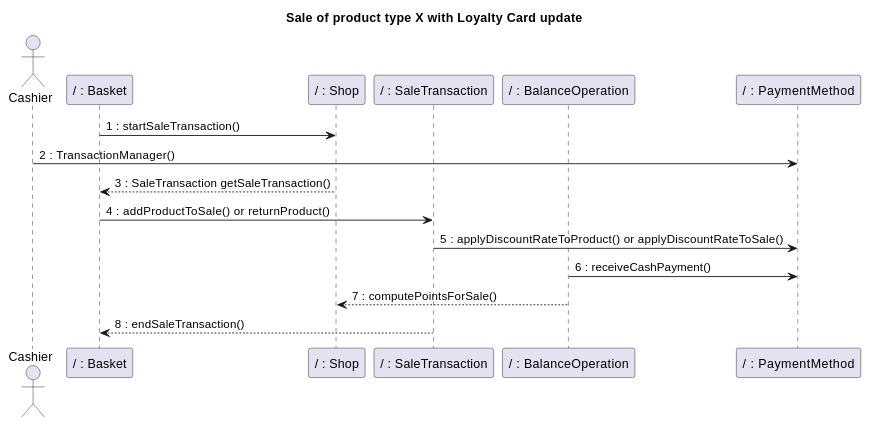
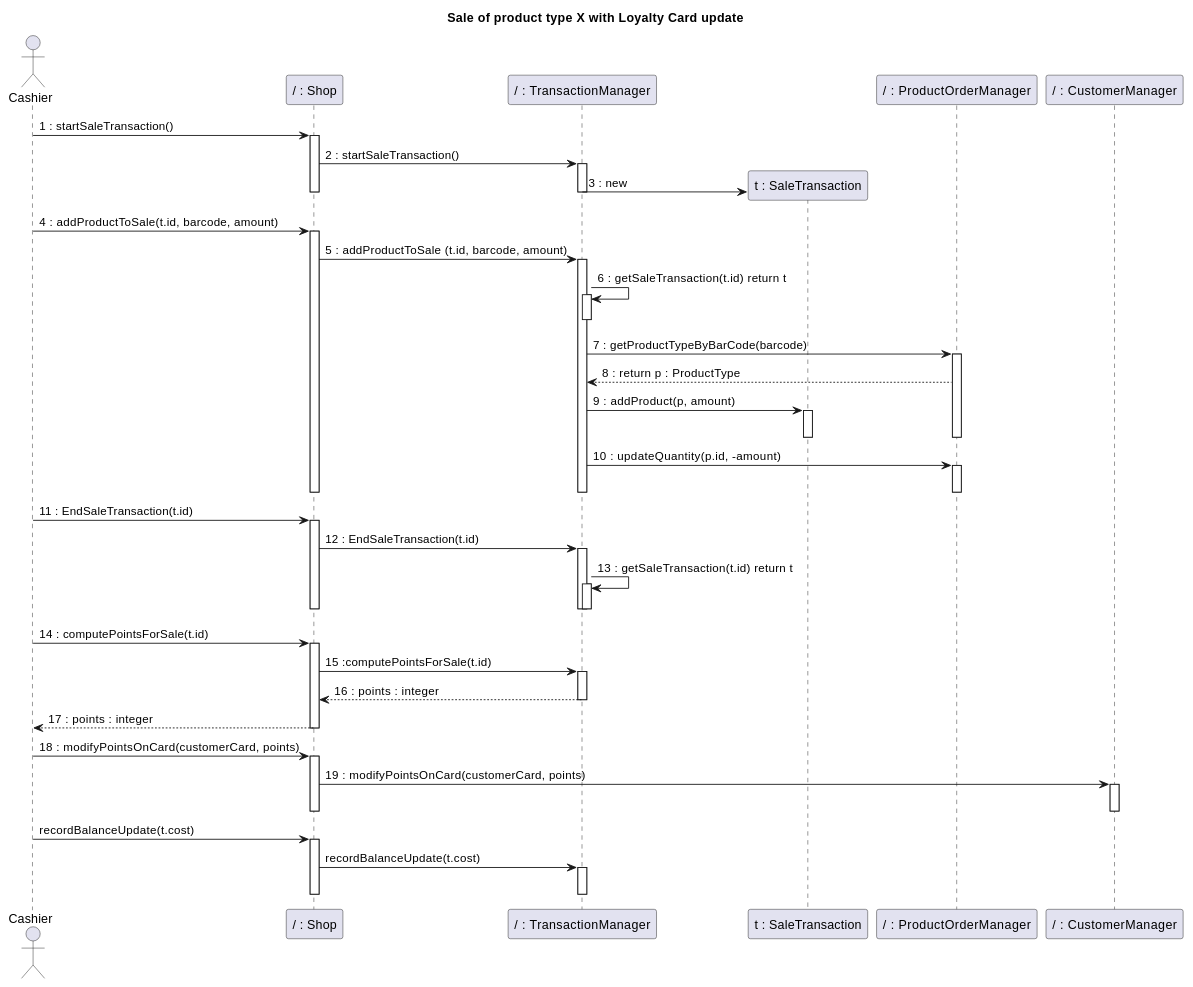
Before and after one commit to nicolabattaglino/ezshop: diagram 23 of 30 in Deliverables/DesignDocument.md, drawn with PlantUML. The commit also changed other lines of this file and 1 other file, not shown here.

Commit message:
completed uc 6 (they miss only the payment)

````diff
--- a/Deliverables/DesignDocument.md
+++ b/Deliverables/DesignDocument.md
@@ -1191,26 +1192,81 @@
 ```plantuml
 @startuml
 
 title
 Sale of product type X with Loyalty Card update
 end title
 
 actor Cashier
 
-participant "/ : Basket" as Basket
 participant "/ : Shop" as Shop
-participant "/ : SaleTransaction" as SaleTransaction
-participant "/ : BalanceOperation" as BalanceOperation
-participant "/ : PaymentMethod" as PaymentMethod
+participant "/ : TransactionManager" as TransactionManager
+participant "t : SaleTransaction"  as SaleTransaction
+participant "/ : ProductOrderManager" as ProductOrderManager
+participant "/ : CustomerManager" as CustomerManager
 
-Basket -> Shop: 1 : startSaleTransaction()
-Cashier -> PaymentMethod: 2 : TransactionManager()
-Shop --> Basket: 3 : SaleTransaction getSaleTransaction()
-Basket ->  SaleTransaction: 4 : addProductToSale() or returnProduct()
-SaleTransaction -> PaymentMethod : 5 : applyDiscountRateToProduct() or applyDiscountRateToSale()
-BalanceOperation -> PaymentMethod : 6 : receiveCashPayment()
-BalanceOperation --> Shop: 7 : computePointsForSale()
-SaleTransaction --> Basket: 8 : endSaleTransaction()
+Cashier -> Shop: 1 : startSaleTransaction()
+activate Shop
+Shop -> TransactionManager : 2 : startSaleTransaction()
+activate TransactionManager
+create SaleTransaction
+TransactionManager -> SaleTransaction: 3 : new
+deactivate TransactionManager
+deactivate Shop
+Cashier -> Shop : 4 : addProductToSale(t.id, barcode, amount)
+activate Shop
+Shop -> TransactionManager: 5 : addProductToSale (t.id, barcode, amount)
+ 
+
+activate TransactionManager
+TransactionManager -> TransactionManager: 6 : getSaleTransaction(t.id) return t
+activate TransactionManager
+deactivate TransactionManager
+TransactionManager -> ProductOrderManager: 7 : getProductTypeByBarCode(barcode)
+activate ProductOrderManager
+
+
+TransactionManager <-- ProductOrderManager : 8 : return p : ProductType
+
+TransactionManager -> SaleTransaction : 9 : addProduct(p, amount)
+activate SaleTransaction
+deactivate SaleTransaction
+deactivate ProductOrderManager
+TransactionManager -> ProductOrderManager: 10 : updateQuantity(p.id, -amount)
+activate ProductOrderManager
+deactivate ProductOrderManager
+deactivate TransactionManager
+deactivate Shop
+Cashier -> Shop : 11 : EndSaleTransaction(t.id)
+activate Shop
+Shop -> TransactionManager : 12 : EndSaleTransaction(t.id)
+activate TransactionManager
+TransactionManager -> TransactionManager : 13 : getSaleTransaction(t.id) return t
+activate TransactionManager
+deactivate TransactionManager
+deactivate TransactionManager
+deactivate Shop
+
+Cashier -> Shop : 14 : computePointsForSale(t.id)
+activate Shop
+Shop -> TransactionManager : 15 :computePointsForSale(t.id)
+activate TransactionManager
+TransactionManager --> Shop : 16 : points : integer
+deactivate TransactionManager
+Shop --> Cashier : 17 : points : integer
+deactivate Shop
+Cashier -> Shop : 18 : modifyPointsOnCard(customerCard, points)
+activate Shop
+Shop -> CustomerManager : 19 : modifyPointsOnCard(customerCard, points)
+activate CustomerManager
+deactivate CustomerManager
+deactivate Shop
+
+Cashier -> Shop : recordBalanceUpdate(t.cost)
+activate Shop
+Shop -> TransactionManager : recordBalanceUpdate(t.cost)
+activate TransactionManager
+deactivate TransactionManager
+deactivate Shop
 
 @enduml
 ```
````
